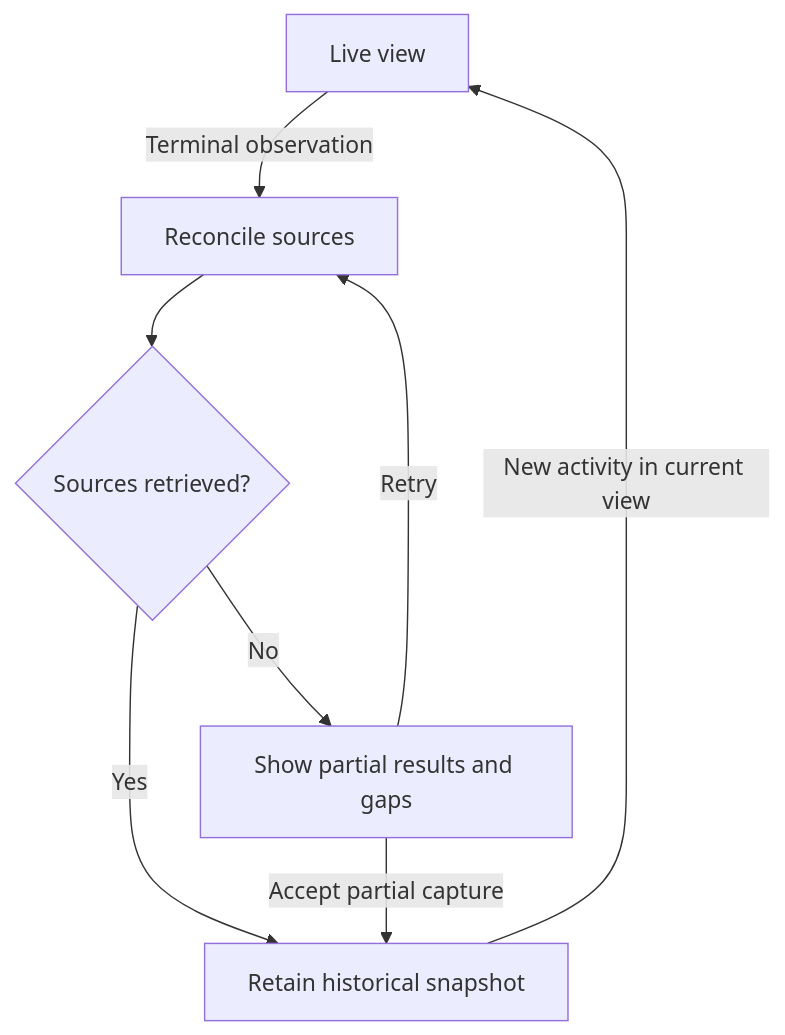
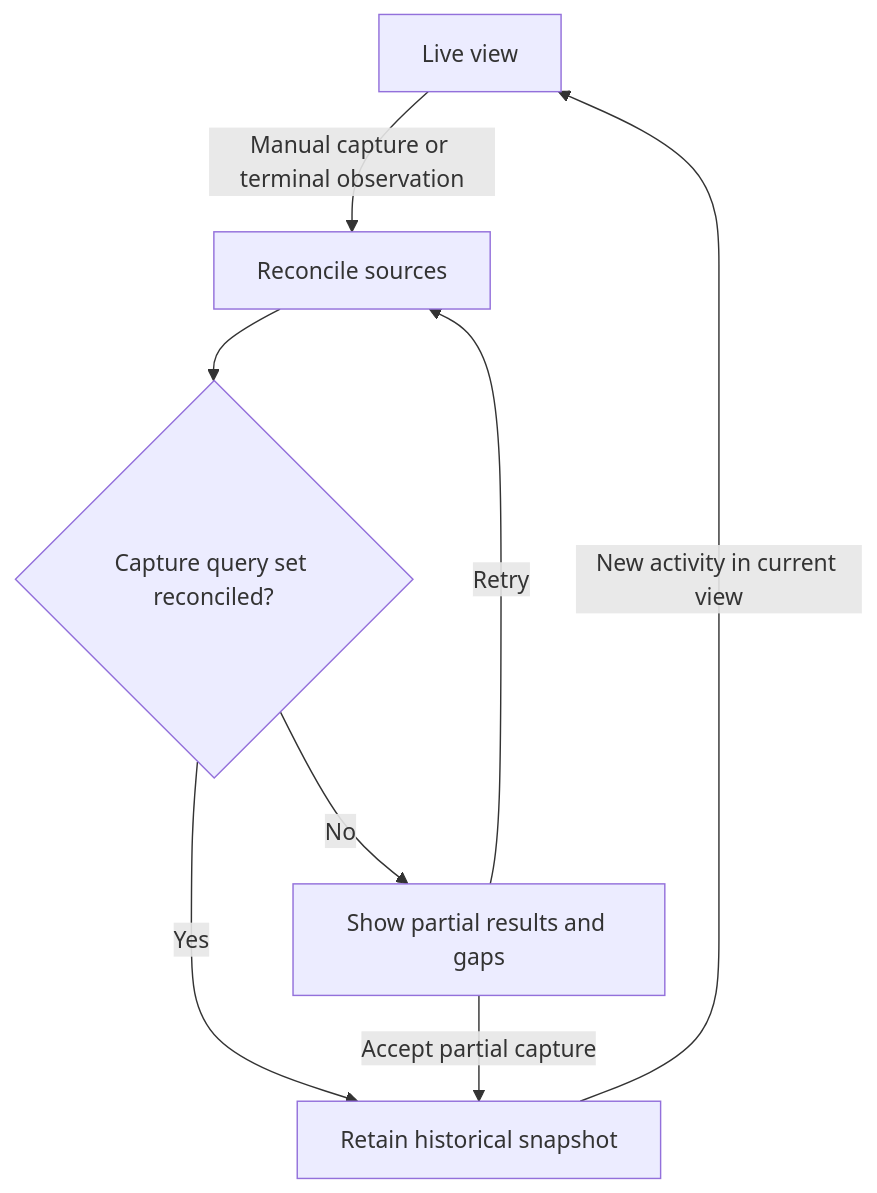
The third of 3 diagrams in aws/devops-agent/analysis/annexes/Investigation_UI_Contract.md (lyrel-dev/frontier-agents), drawn with Mermaid before and after one commit. The commit also changed other lines of this file and 41 other files, not shown here.

````diff
--- a/aws/devops-agent/analysis/annexes/Investigation_UI_Contract.md
+++ b/aws/devops-agent/analysis/annexes/Investigation_UI_Contract.md
@@ -385,10 +402,10 @@
 ```mermaid
 flowchart TB
-    L["Live view"] -->|Terminal observation| R["Reconcile sources"]
-    R --> Q{"Sources retrieved?"}
+    L["Live view"] -->|Manual capture or terminal observation| R["Reconcile sources"]
+    R --> Q{"Capture query set reconciled?"}
     Q -->|Yes| S["Retain historical snapshot"]
     Q -->|No| P["Show partial results and gaps"]
     P -->|Retry| R
     P -->|Accept partial capture| S
     S -->|New activity in current view| L
 ```
````
